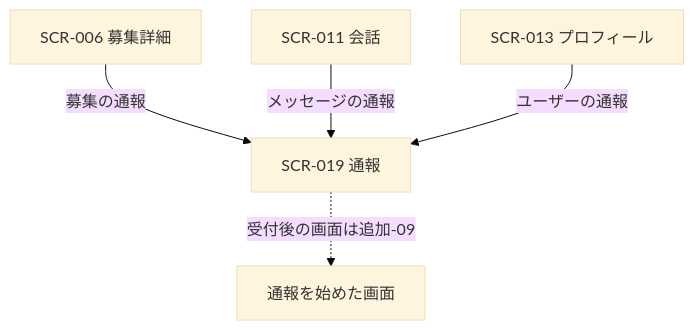
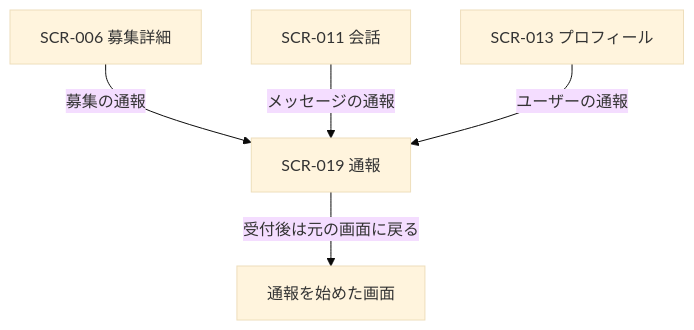
One commit to sysnovastudio-byte/nagoya-volleyball-matching changed the sixth of 8 diagrams in docs/10_画面一覧.md. Above: the diagram before and after it, drawn with Mermaid (base theme). The commit also changed other lines of this file and 10 other files, not shown here.

````diff
--- a/docs/10_画面一覧.md
+++ b/docs/10_画面一覧.md
@@ -355,7 +356,7 @@
 ```mermaid
 flowchart TD
     F1["SCR-006 募集詳細"] -->|"募集の通報"| F4["SCR-019 通報"]
     F2["SCR-011 会話"] -->|"メッセージの通報"| F4
     F3["SCR-013 プロフィール"] -->|"ユーザーの通報"| F4
-    F4 -.->|"受付後の画面は追加-09"| F8["通報を始めた画面"]
+    F4 -->|"受付後は元の画面に戻る"| F8["通報を始めた画面"]
 ```
````
